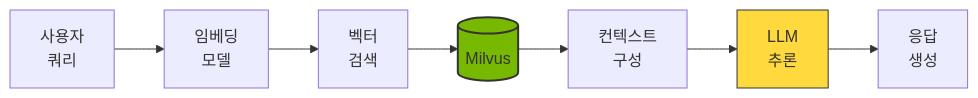
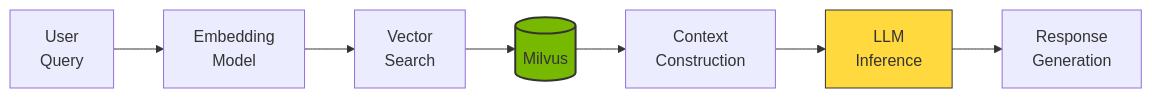
The first of 2 diagrams in docs/agentic-ai-platform/operations-mlops/data-infrastructure/milvus-vector-database.md (devfloor9/engineering-playbook), drawn with Mermaid before and after one commit. The commit also changed other lines of this file and 954 other files, not shown here.

````diff
--- a/docs/agentic-ai-platform/operations-mlops/data-infrastructure/milvus-vector-database.md
+++ b/docs/agentic-ai-platform/operations-mlops/data-infrastructure/milvus-vector-database.md
@@ -45,20 +45,20 @@
 ```mermaid
 flowchart LR
-    Q[사용자<br/>쿼리]
-    E[임베딩<br/>모델]
-    S[벡터<br/>검색]
+    Q[User<br/>Query]
+    E[Embedding<br/>Model]
+    S[Vector<br/>Search]
     M[(Milvus)]
-    C[컨텍스트<br/>구성]
-    L[LLM<br/>추론]
-    R[응답<br/>생성]
+    C[Context<br/>Construction]
+    L[LLM<br/>Inference]
+    R[Response<br/>Generation]
 
     Q --> E
     E --> S
     S --> M
     M --> C
     C --> L
     L --> R
 
     style M fill:#76b900,stroke:#333,stroke-width:2px
     style L fill:#ffd93d,stroke:#333
 ```
````
